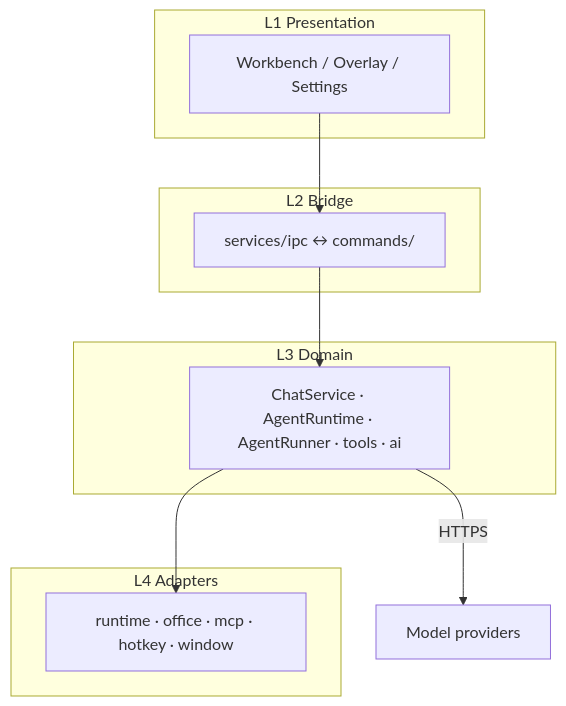
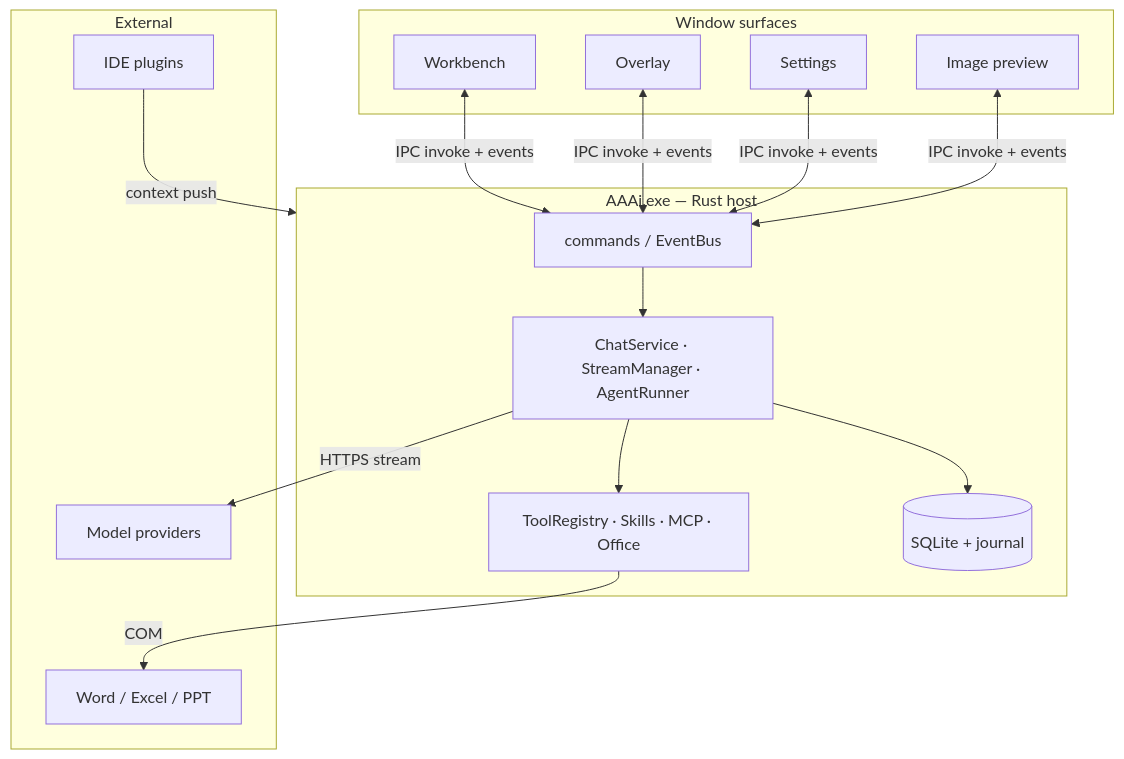
One commit to rururunu/AAAi changed the diagram in README.md. Above: the diagram before and after it, drawn with Mermaid. The commit also changed other lines of this file and 98 other files, not shown here.

Commit message:
feat: 应用内远程更新、工具活动折叠展示与投标/docx 技能扩展 - 集成 Tauri Updater：工作台更新按钮、关于页检测/安装、GitHub Releases 配置 - 新增发版文档与 generate-latest-json / rename-msi 脚本，支持手动与 CI 发布 - 工具活动 UI：单行无展开按钮，多步折叠为摘要列表 - 扩展 bid_tech、vendor docx/pandoc 技能与 Word Office 工具 - 新增架构文档、更新 README 与产品截图

````diff
--- a/README.md
+++ b/README.md
@@ -168,17 +209,30 @@
 ```mermaid
 flowchart TB
-  subgraph L1["L1 Presentation"]
-    UI["Workbench / Overlay / Settings"]
+  subgraph Surfaces["Window surfaces"]
+    WB[Workbench]
+    OV[Overlay]
+    ST[Settings]
+    PV[Image preview]
   end
-  subgraph L2["L2 Bridge"]
-    IPC["services/ipc ↔ commands/"]
+
+  subgraph Host["AAAi.exe — Rust host"]
+    CMD[commands / EventBus]
+    CHAT[ChatService · StreamManager · AgentRunner]
+    TOOLS[ToolRegistry · Skills · MCP · Office]
+    STORE[(SQLite + journal)]
   end
-  subgraph L3["L3 Domain"]
-    Core["ChatService · AgentRuntime · AgentRunner · tools · ai"]
+
+  subgraph External["External"]
+    LLM[Model providers]
+    IDE[IDE plugins]
+    OFFICE[Word / Excel / PPT]
   end
-  subgraph L4["L4 Adapters"]
-    Adapt["runtime · office · mcp · hotkey · window"]
-  end
-  UI --> IPC --> Core --> Adapt
-  Core -->|HTTPS| LLM[Model providers]
+
+  WB & OV & ST & PV <-->|IPC invoke + events| CMD
+  CMD --> CHAT
+  CHAT --> TOOLS
+  CHAT --> STORE
+  CHAT -->|HTTPS stream| LLM
+  IDE -->|context push| Host
+  TOOLS -->|COM| OFFICE
 ```
````
